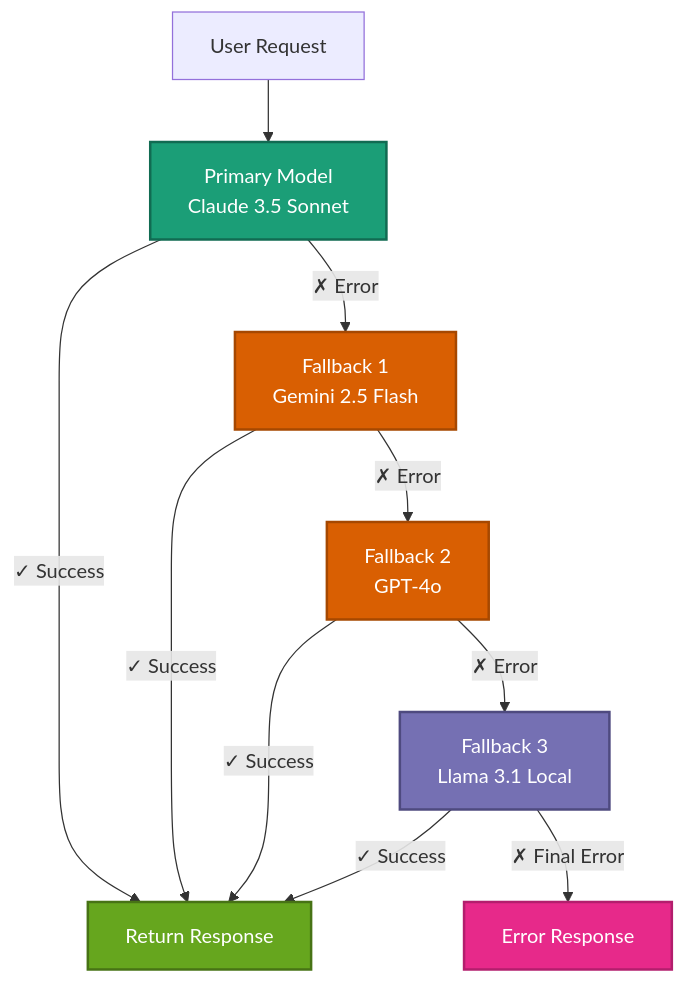
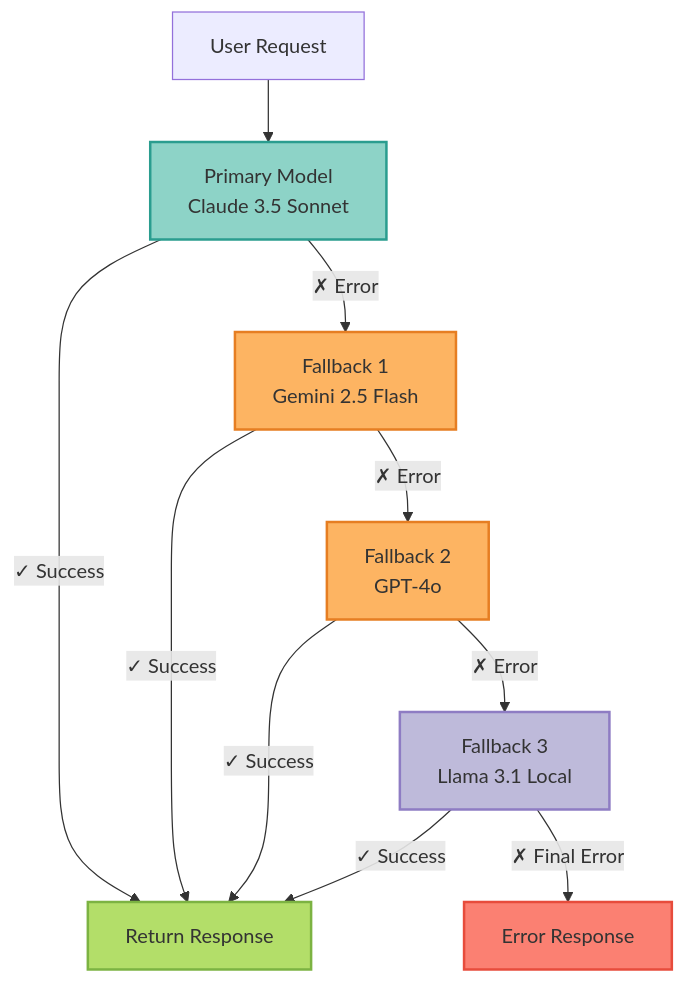
One commit to vishnu2kmohan/mcp-server-langgraph changed the diagram in docs/guides/multi-llm-setup.mdx. Above: the diagram before and after it, drawn with Mermaid. The commit also changed 11 other files, not shown here.

First line of the commit message:
style: migrate all diagrams from Dark2 to Set3 ColorBrewer2 palette

````diff
--- a/docs/guides/multi-llm-setup.mdx
+++ b/docs/guides/multi-llm-setup.mdx
@@ -306,23 +306,23 @@
 ```mermaid
 graph TD
     Request[User Request] --> Primary[Primary Model<br/>Claude 3.5 Sonnet]
 
     Primary -->|✓ Success| Response[Return Response]
     Primary -->|✗ Error| Fallback1[Fallback 1<br/>Gemini 2.5 Flash]
 
     Fallback1 -->|✓ Success| Response
     Fallback1 -->|✗ Error| Fallback2[Fallback 2<br/>GPT-4o]
 
     Fallback2 -->|✓ Success| Response
     Fallback2 -->|✗ Error| Fallback3[Fallback 3<br/>Llama 3.1 Local]
 
     Fallback3 -->|✓ Success| Response
     Fallback3 -->|✗ Final Error| Error[Error Response]
 
-    style Primary fill:#1b9e77,stroke:#116b52,stroke-width:2px,color:#fff
-    style Fallback1 fill:#d95f02,stroke:#a64801,stroke-width:2px,color:#fff
-    style Fallback2 fill:#d95f02,stroke:#a64801,stroke-width:2px,color:#fff
-    style Fallback3 fill:#7570b3,stroke:#4e4a7f,stroke-width:2px,color:#fff
-    style Response fill:#66a61e,stroke:#477315,stroke-width:2px,color:#fff
-    style Error fill:#e7298a,stroke:#b31e6d,stroke-width:2px,color:#fff
+    style Primary fill:#8dd3c7,stroke:#2a9d8f,stroke-width:2px,color:#333
+    style Fallback1 fill:#fdb462,stroke:#e67e22,stroke-width:2px,color:#333
+    style Fallback2 fill:#fdb462,stroke:#e67e22,stroke-width:2px,color:#333
+    style Fallback3 fill:#bebada,stroke:#8e7cc3,stroke-width:2px,color:#333
+    style Response fill:#b3de69,stroke:#7cb342,stroke-width:2px,color:#333
+    style Error fill:#fb8072,stroke:#e74c3c,stroke-width:2px,color:#333
 ```
````
